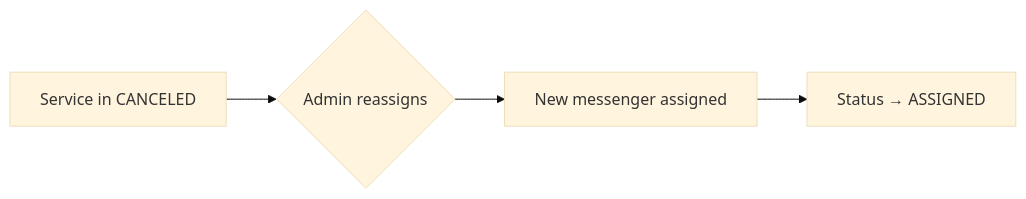
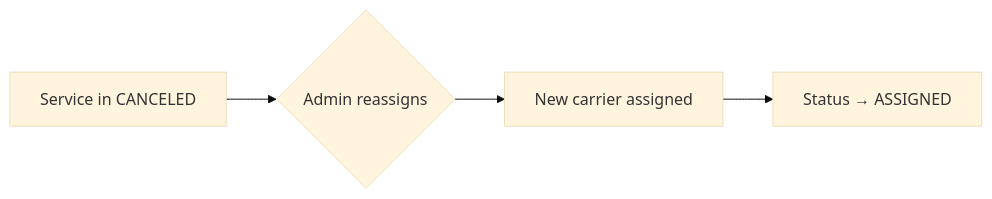
One commit to fttmatteo/messenger-backend changed the third of 3 diagrams in README.en.md. Above: the diagram before and after it, drawn with Mermaid (base theme). The commit also changed other lines of this file and 16 other files, not shown here.

````diff
--- a/README.en.md
+++ b/README.en.md
@@ -655,6 +660,6 @@
 ```mermaid
 flowchart LR
     A[Service in CANCELED] --> B{Admin reassigns}
-    B --> C[New messenger assigned]
+    B --> C[New carrier assigned]
     C --> D[Status → ASSIGNED]
 ```
````
